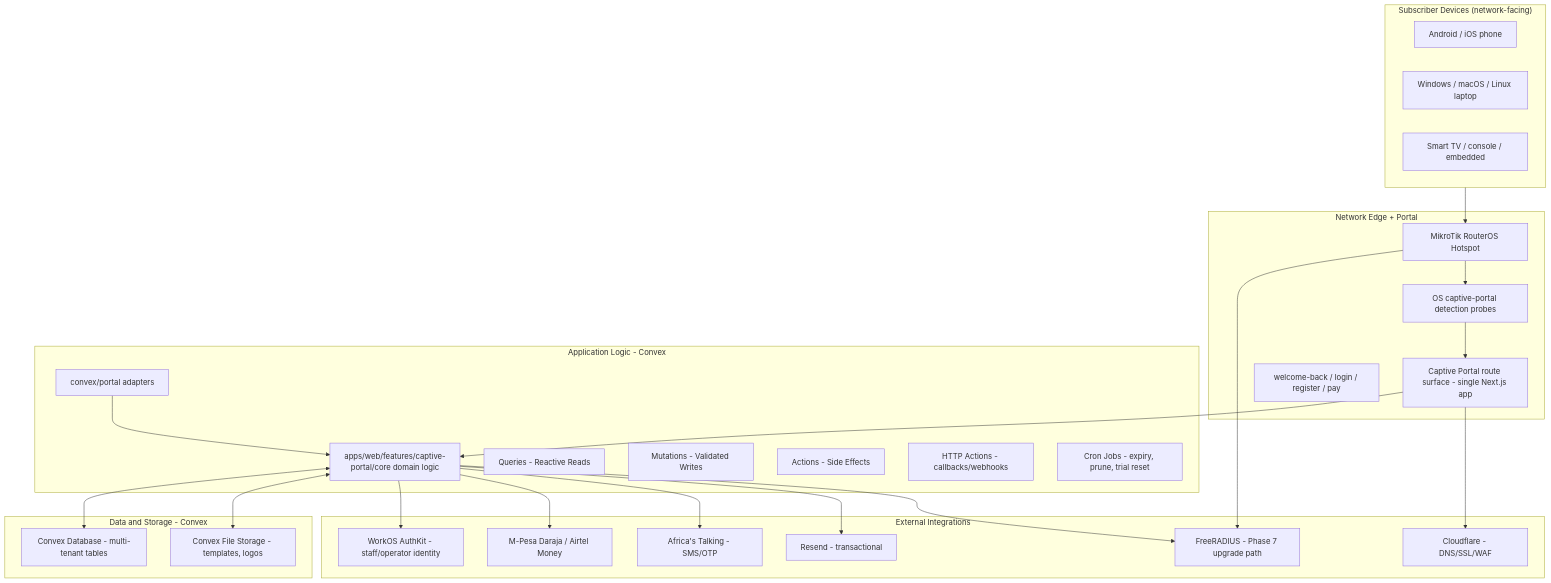
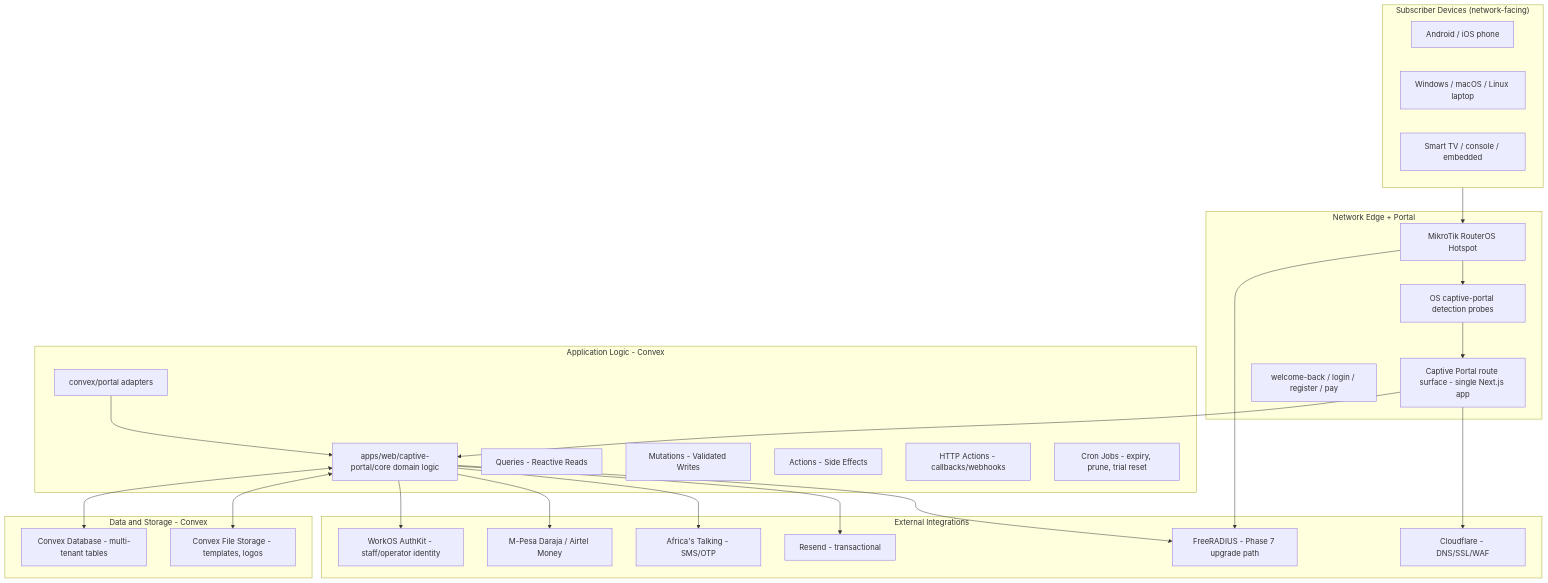
One commit to mylescorp/mylesnet-dashboard changed the diagram in docs/captive-portal/captive-portal-specification.md. Above: the diagram before and after it, drawn with Mermaid. The commit also changed other lines of this file and 113 other files, not shown here.

````diff
--- a/docs/captive-portal/captive-portal-specification.md
+++ b/docs/captive-portal/captive-portal-specification.md
@@ -145,53 +145,53 @@
 ```mermaid
 graph TD
     subgraph Device_Layer ["Subscriber Devices (network-facing)"]
         Phone[Android / iOS phone]
         Laptop[Windows / macOS / Linux laptop]
         TV[Smart TV / console / embedded]
     end
 
     subgraph Portable_Layer ["Network Edge + Portal"]
         MikroTik[MikroTik RouterOS Hotspot]
         Detection[OS captive-portal detection probes]
         Portal[Captive Portal route surface - single Next.js app]
         Connect[welcome-back / login / register / pay]
     end
 
     subgraph Logic_Layer ["Application Logic - Convex"]
         PortalCall[convex/portal adapters]
-        Core[apps/web/features/captive-portal/core domain logic]
+        Core[apps/web/captive-portal/core domain logic]
         Queries[Queries - Reactive Reads]
         Mutations[Mutations - Validated Writes]
         Actions[Actions - Side Effects]
         HttpActions[HTTP Actions - callbacks/webhooks]
         CronJobs[Cron Jobs - expiry, prune, trial reset]
     end
 
     subgraph Data_Layer ["Data and Storage - Convex"]
         Database[Convex Database - multi-tenant tables]
         FileStorage[Convex File Storage - templates, logos]
     end
 
     subgraph External_Integrations ["External Integrations"]
         WorkOS[WorkOS AuthKit - staff/operator identity]
         Payment[M-Pesa Daraja / Airtel Money]
         SMS[Africa's Talking - SMS/OTP]
         Email[Resend - transactional]
         Radius[FreeRADIUS - Phase 7 upgrade path]
         Cloudflare[Cloudflare - DNS/SSL/WAF]
     end
 
     Device_Layer --> MikroTik
     MikroTik --> Detection --> Portal
     MikroTik --> Radius
     Portal --> Core
     PortalCall --> Core
     Core <--> Database
     Core <--> FileStorage
     Core --> Payment
     Core --> SMS
     Core --> Email
     Core --> Radius
     Core --> WorkOS
     Portal --> Cloudflare
 ```
````
